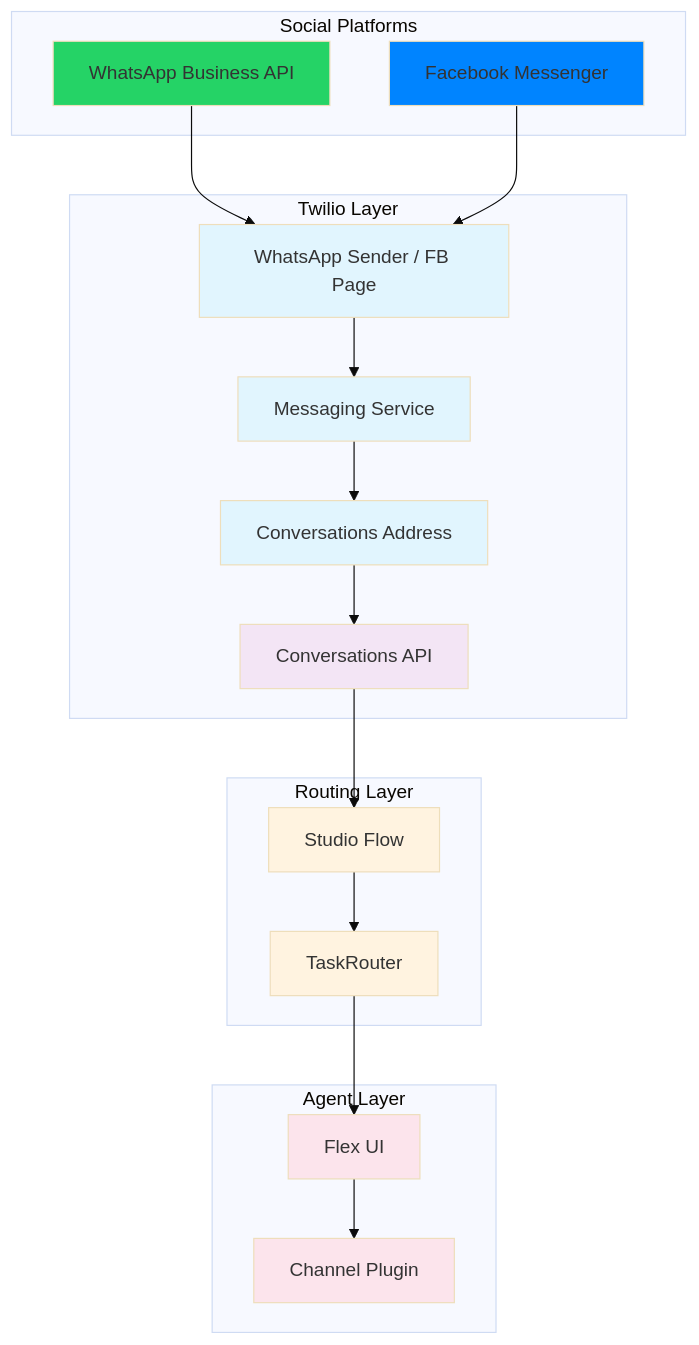
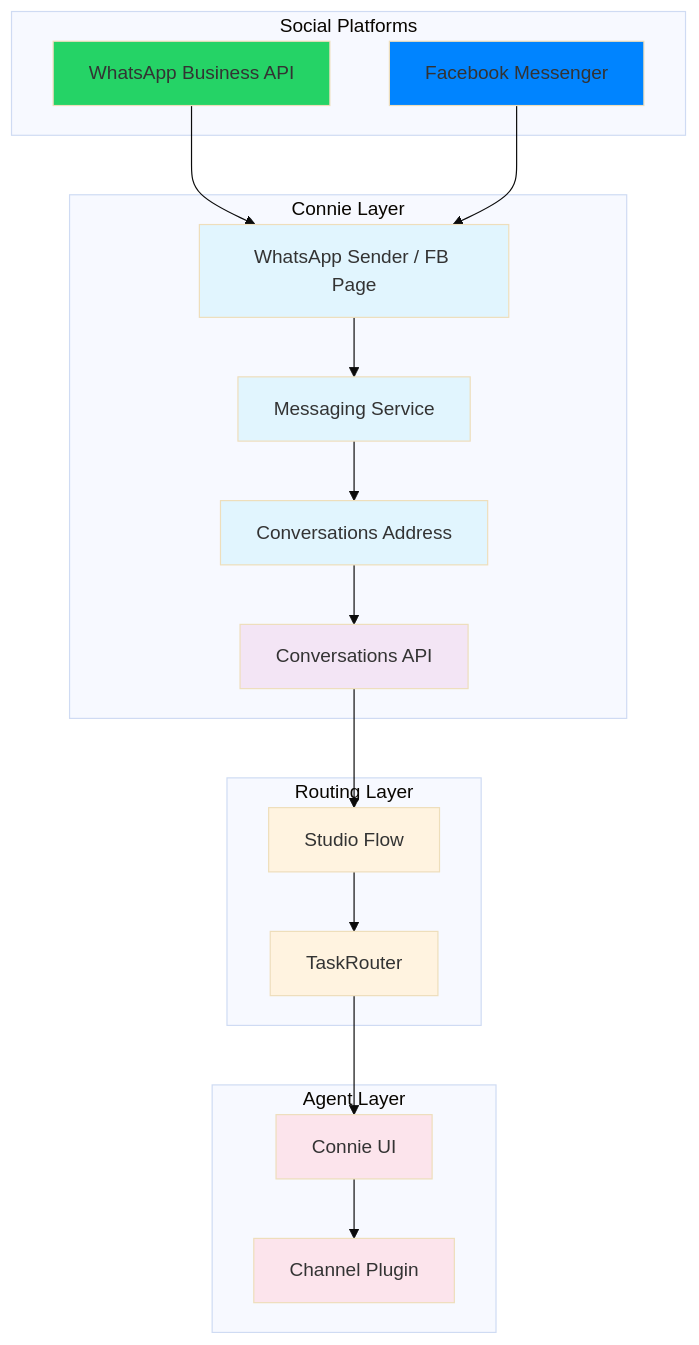
The second of 2 diagrams in docs/end-users/administrators/channels/social-media/index.md (ConnieML/docs.connie), drawn with Mermaid (base theme) before and after one commit. The commit also changed other lines of this file and 2 other files, not shown here.

First line of the commit message:
docs: Rebrand Flex/Twilio references to Connie across social media guides

````diff
--- a/docs/end-users/administrators/channels/social-media/index.md
+++ b/docs/end-users/administrators/channels/social-media/index.md
@@ -95,45 +95,45 @@
 ```mermaid
 flowchart TD
     subgraph "Social Platforms"
         WA[WhatsApp Business API]
         FB[Facebook Messenger]
     end
 
-    subgraph "Twilio Layer"
+    subgraph "Connie Layer"
         SENDER[WhatsApp Sender / FB Page]
         MS[Messaging Service]
         CA[Conversations Address]
         CONV[Conversations API]
     end
 
     subgraph "Routing Layer"
         SF[Studio Flow]
         TR[TaskRouter]
     end
 
     subgraph "Agent Layer"
-        FLEX[Flex UI]
+        FLEX[Connie UI]
         PLUGIN[Channel Plugin]
     end
 
     WA --> SENDER
     FB --> SENDER
     SENDER --> MS
     MS --> CA
     CA --> CONV
     CONV --> SF
     SF --> TR
     TR --> FLEX
     FLEX --> PLUGIN
 
     style WA fill:#25D366
     style FB fill:#0084FF
     style SENDER fill:#e1f5fe
     style MS fill:#e1f5fe
     style CA fill:#e1f5fe
     style CONV fill:#f3e5f5
     style SF fill:#fff3e0
     style TR fill:#fff3e0
     style FLEX fill:#fce4ec
     style PLUGIN fill:#fce4ec
 ```
````
